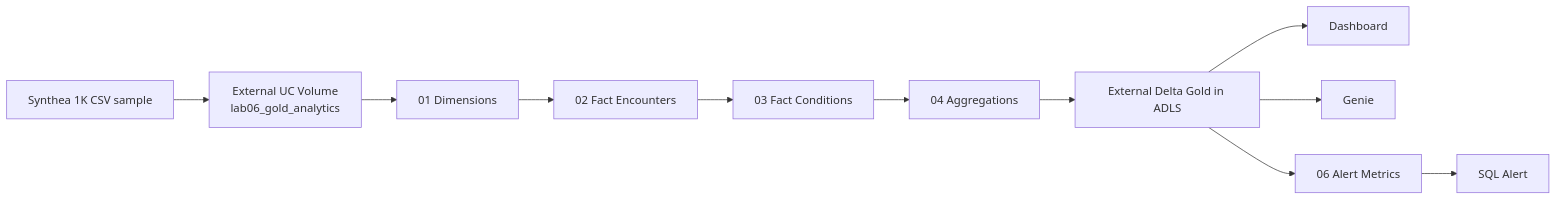
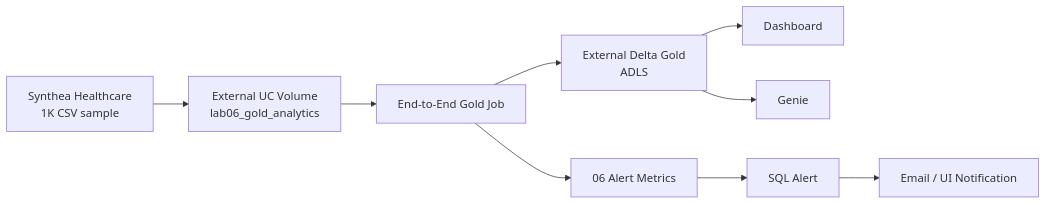
The first of 3 diagrams in labs/lab_06_gold_analytics_external/README.md (BadalovP/Databricks-Academy-Lakehouse), drawn with Mermaid before and after one commit. The commit also changed other lines of this file and 20 other files, not shown here.

````diff
--- a/labs/lab_06_gold_analytics_external/README.md
+++ b/labs/lab_06_gold_analytics_external/README.md
@@ -63,13 +16,11 @@
 ```mermaid
 flowchart LR
-    A["Synthea 1K CSV sample"] --> B["External UC Volume<br/>lab06_gold_analytics"]
-    B --> C["01 Dimensions"]
-    C --> D["02 Fact Encounters"]
-    D --> E["03 Fact Conditions"]
-    E --> F["04 Aggregations"]
-    F --> G["External Delta Gold in ADLS"]
-    G --> H["Dashboard"]
-    G --> I["Genie"]
-    G --> J["06 Alert Metrics"]
-    J --> K["SQL Alert"]
+    A["Synthea Healthcare<br/>1K CSV sample"] --> B["External UC Volume<br/>lab06_gold_analytics"]
+    B --> C["End-to-End Gold Job"]
+    C --> D["External Delta Gold<br/>ADLS"]
+    D --> E["Dashboard"]
+    D --> F["Genie"]
+    C --> G["06 Alert Metrics"]
+    G --> H["SQL Alert"]
+    H --> I["Email / UI Notification"]
 ```
````
